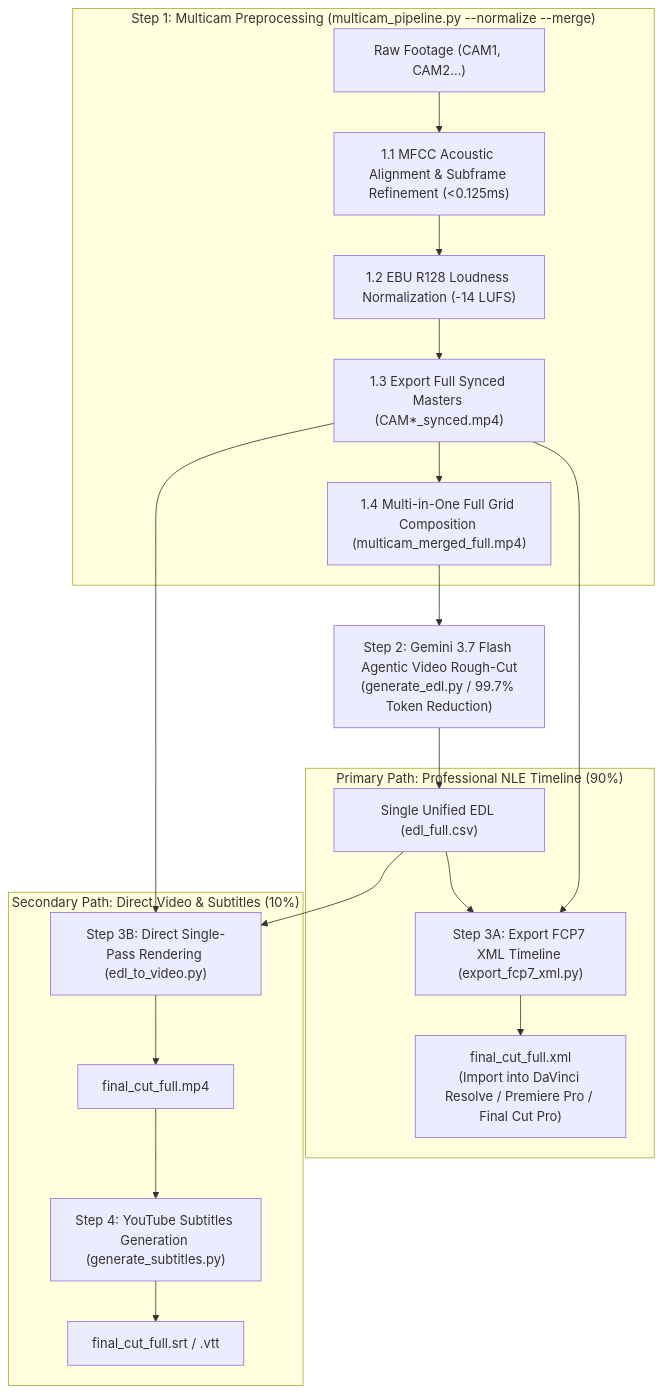
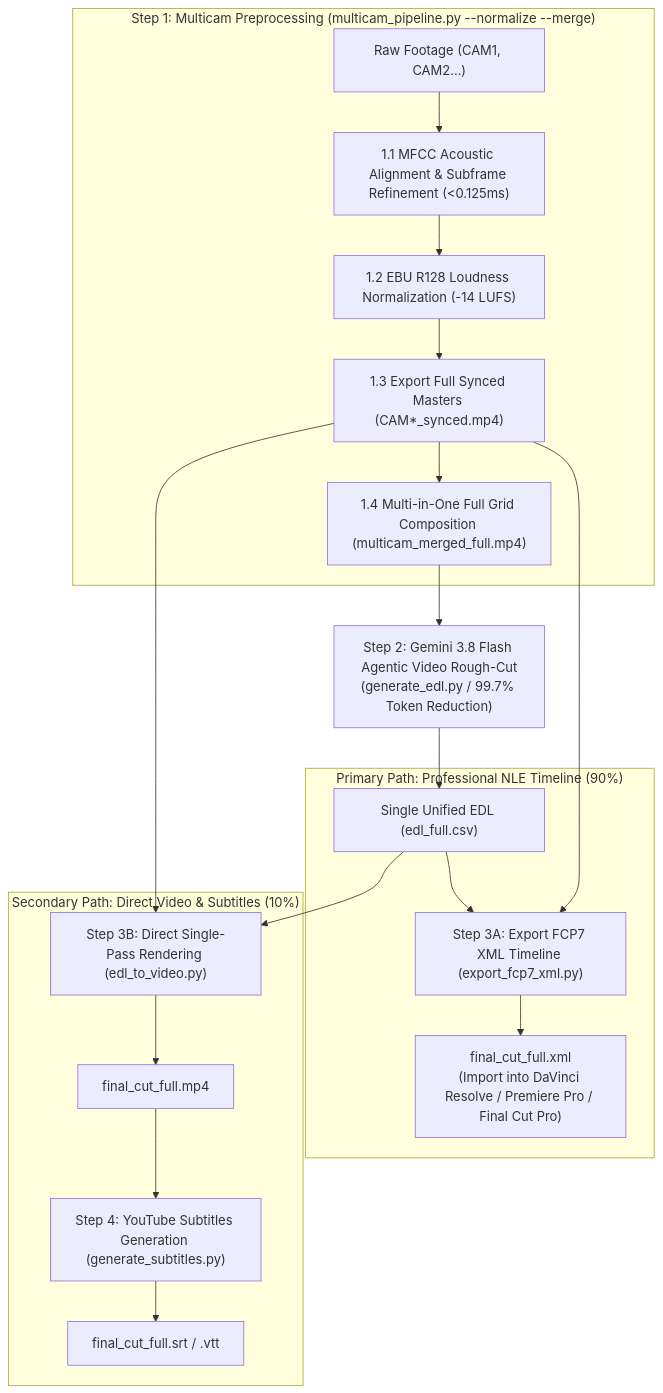
The diagram in README.md (sylphlin/multicam-video-preprocessing), drawn with Mermaid before and after one commit. The commit also changed other lines of this file and 17 other files, not shown here.

Commit message:
feat: upgrade default model to Gemini 3.8 Flash & purge obsolete chapter splitting code

````diff
--- a/README.md
+++ b/README.md
@@ -55,26 +55,26 @@
 ```mermaid
 flowchart TD
     subgraph S1["Step 1: Multicam Preprocessing (multicam_pipeline.py --normalize --merge)"]
         A["Raw Footage (CAM1, CAM2...)"] --> S1_1["1.1 MFCC Acoustic Alignment & Subframe Refinement (<0.125ms)"]
         S1_1 --> S1_2["1.2 EBU R128 Loudness Normalization (-14 LUFS)"]
         S1_2 --> S1_3["1.3 Export Full Synced Masters (CAM*_synced.mp4)"]
         S1_3 --> S1_4["1.4 Multi-in-One Full Grid Composition (multicam_merged_full.mp4)"]
     end
 
-    S1_4 --> S2["Step 2: Gemini 3.7 Flash Agentic Video Rough-Cut<br/>(generate_edl.py / 99.7% Token Reduction)"]
+    S1_4 --> S2["Step 2: Gemini 3.8 Flash Agentic Video Rough-Cut<br/>(generate_edl.py / 99.7% Token Reduction)"]
     S2 --> EDL["Single Unified EDL (edl_full.csv)"]
 
     subgraph S3A["Primary Path: Professional NLE Timeline (90%)"]
         S1_3 --> S3A_ACT["Step 3A: Export FCP7 XML Timeline (export_fcp7_xml.py)"]
         EDL --> S3A_ACT
         S3A_ACT --> XML["final_cut_full.xml<br/>(Import into DaVinci Resolve / Premiere Pro / Final Cut Pro)"]
     end
 
     subgraph S3B["Secondary Path: Direct Video & Subtitles (10%)"]
         S1_3 --> S3B_ACT["Step 3B: Direct Single-Pass Rendering (edl_to_video.py)"]
         EDL --> S3B_ACT
         S3B_ACT --> MP4["final_cut_full.mp4"]
         MP4 --> S4["Step 4: YouTube Subtitles Generation (generate_subtitles.py)"]
         S4 --> SRT["final_cut_full.srt / .vtt"]
     end
 ```
````
